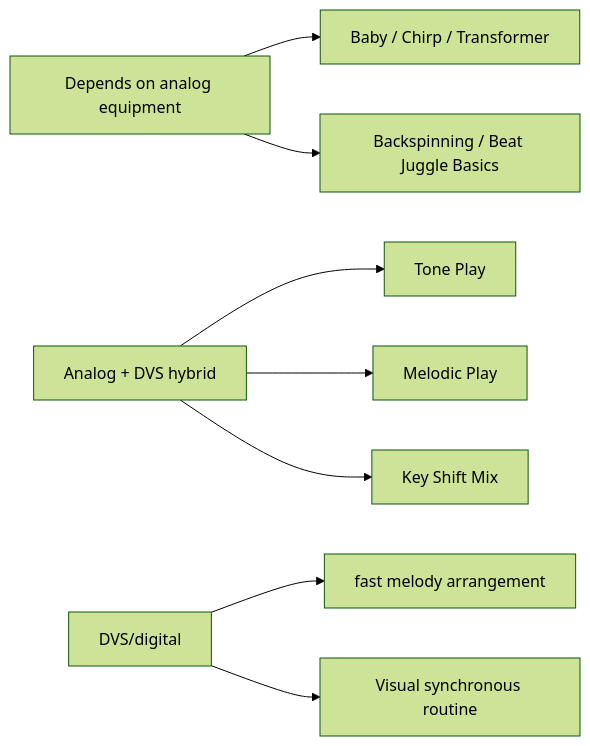
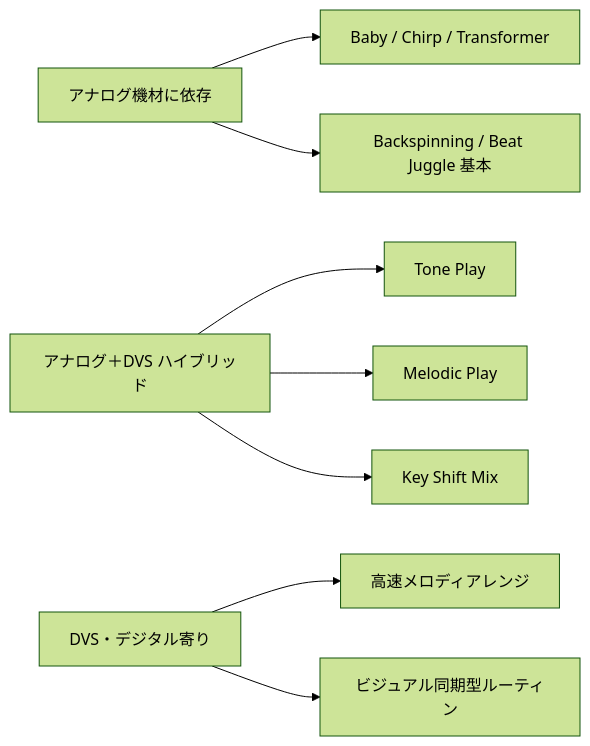
One commit to monumental-movement/monumental-movement.github.io changed the fifth of 9 diagrams in en/_posts/2025-11-23-column-dmc-world-dj-championship.md. Above: the diagram before and after it, drawn with Mermaid (forest theme). The commit also changed other lines of this file and 2196 other files, not shown here.

```diff
--- a/en/_posts/2025-11-23-column-dmc-world-dj-championship.md
+++ b/en/_posts/2025-11-23-column-dmc-world-dj-championship.md
@@ -321,12 +320,12 @@
 <div class="mermaid">
 flowchart LR
-    A[Depends on analog equipment] --> A1[Baby / Chirp / Transformer]
-    A --> A2[Backspinning / Beat Juggle Basics]
+    A[アナログ機材に依存] --> A1[Baby / Chirp / Transformer]
+    A --> A2[Backspinning / Beat Juggle 基本]
 
-    B[Analog + DVS hybrid] --> B1[Tone Play]
+    B[アナログ＋DVS ハイブリッド] --> B1[Tone Play]
     B --> B2[Melodic Play]
     B --> B3[Key Shift Mix]
 
-    C[DVS/digital] --> C1[fast melody arrangement]
-    C --> C2[Visual synchronous routine]
+    C[DVS・デジタル寄り] --> C1[高速メロディアレンジ]
+    C --> C2[ビジュアル同期型ルーティン]
 </div>
```
